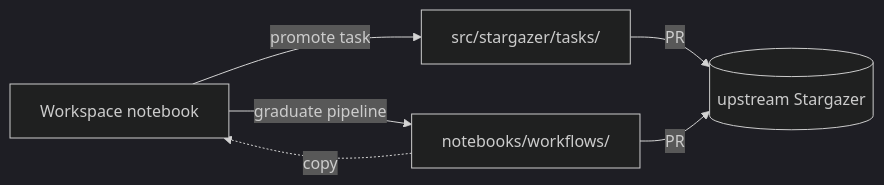
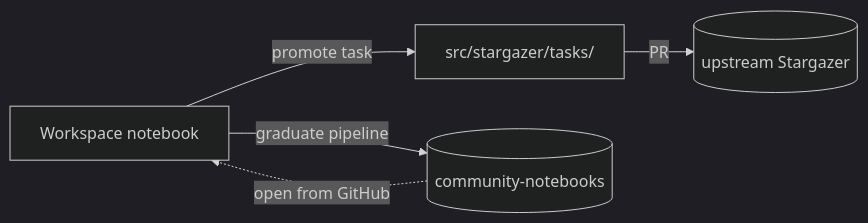
One commit to StargazerBio/stargazer changed the diagram in docs/architecture/notebook.md. Above: the diagram before and after it, drawn with Mermaid (dark theme). The commit also changed other lines of this file and 8 other files, not shown here.

First line of the commit message:
Move the workflow notebooks out of the SDK, to the community notebooks repo

````diff
--- a/docs/architecture/notebook.md
+++ b/docs/architecture/notebook.md
@@ -33,8 +34,7 @@
 ```mermaid
 flowchart LR
     W[Workspace notebook] -->|promote task| T[src/stargazer/tasks/]
-    W -->|graduate pipeline| P[notebooks/workflows/]
-    P -.->|copy| W
+    W -->|graduate pipeline| P[(community-notebooks)]
+    P -.->|open from GitHub| W
     T -->|PR| U[(upstream Stargazer)]
-    P -->|PR| U
 ```
````
